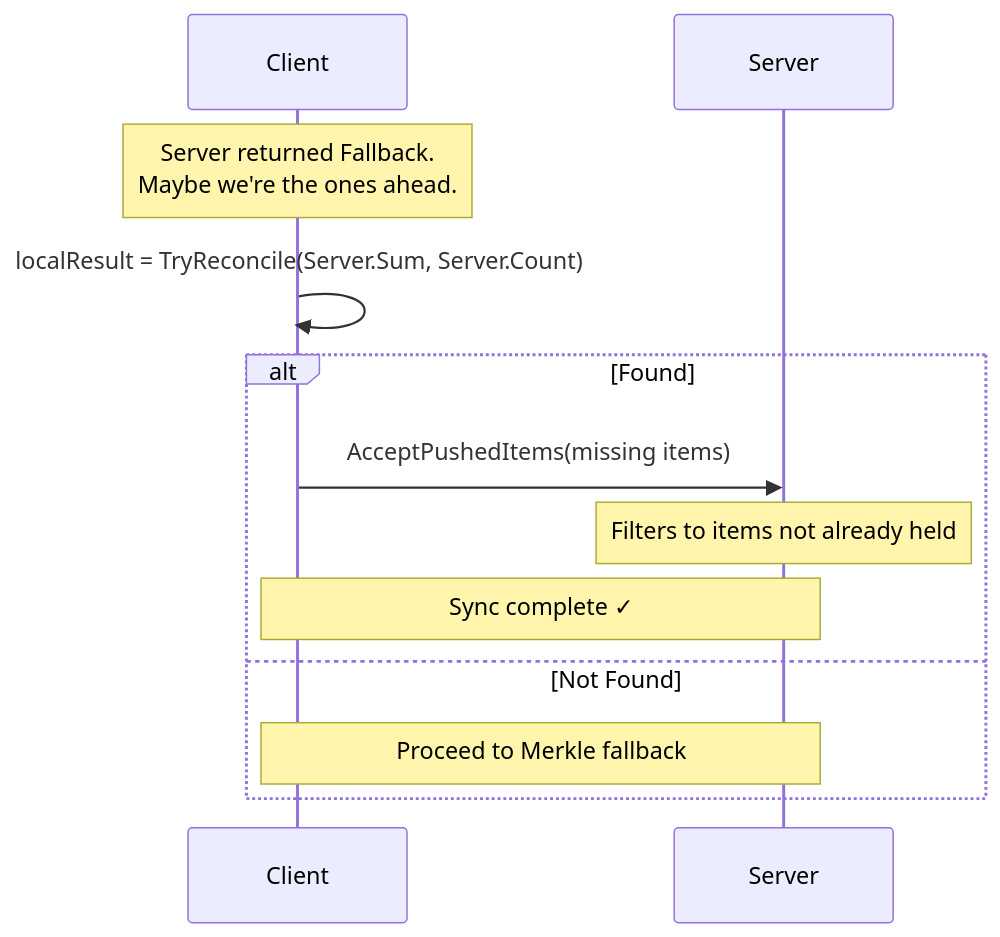
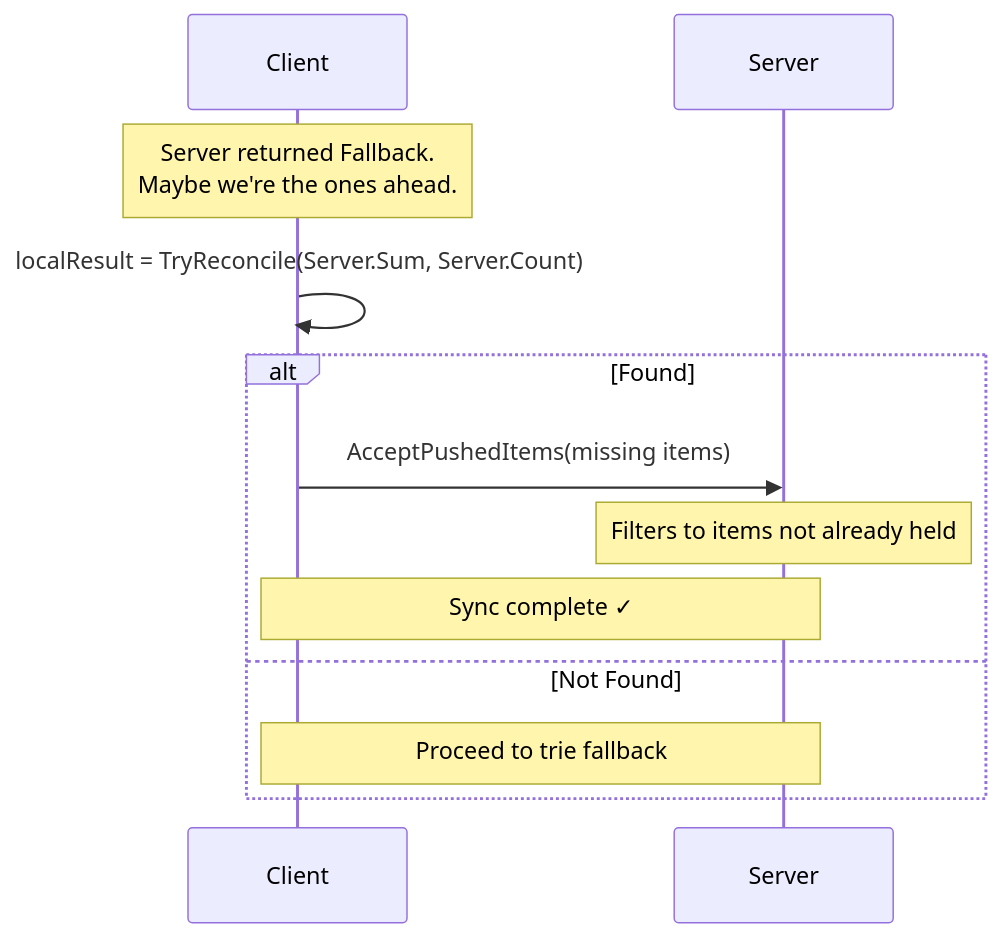
The second of 7 diagrams in SetSum/Sync/README.md (arj03/setsum-cs), drawn with Mermaid before and after one commit. The commit also changed other lines of this file and 5 other files, not shown here.

````diff
--- a/SetSum/Sync/README.md
+++ b/SetSum/Sync/README.md
@@ -65,15 +65,15 @@
 ```mermaid
 sequenceDiagram
     participant C as Client
     participant S as Server
 
     Note over C: Server returned Fallback.<br/>Maybe we're the ones ahead.
     C->>C: localResult = TryReconcile(Server.Sum, Server.Count)
     alt Found
         C->>S: AcceptPushedItems(missing items)
         Note over S: Filters to items not already held
         Note over C,S: Sync complete ✓
     else Not Found
-        Note over C,S: Proceed to Merkle fallback
+        Note over C,S: Proceed to trie fallback
     end
 ```
````
